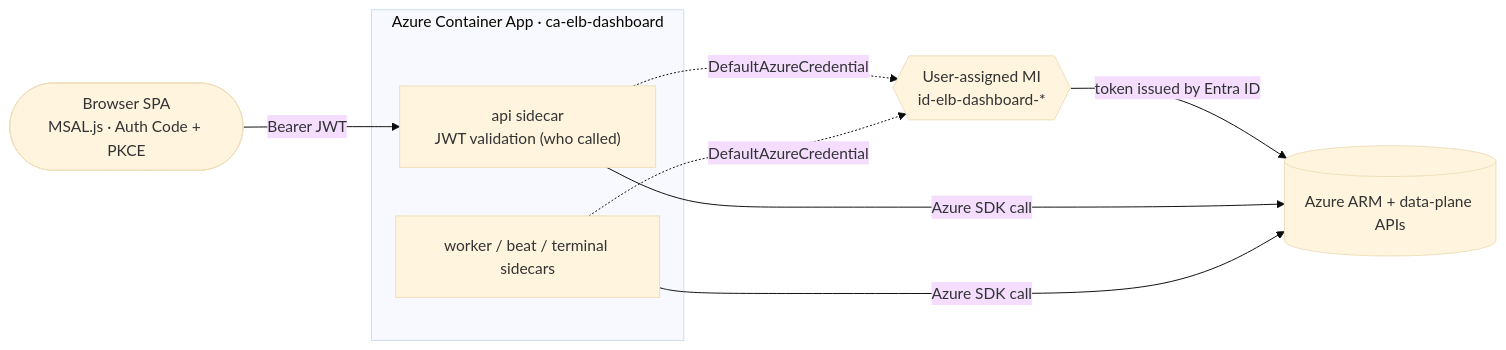
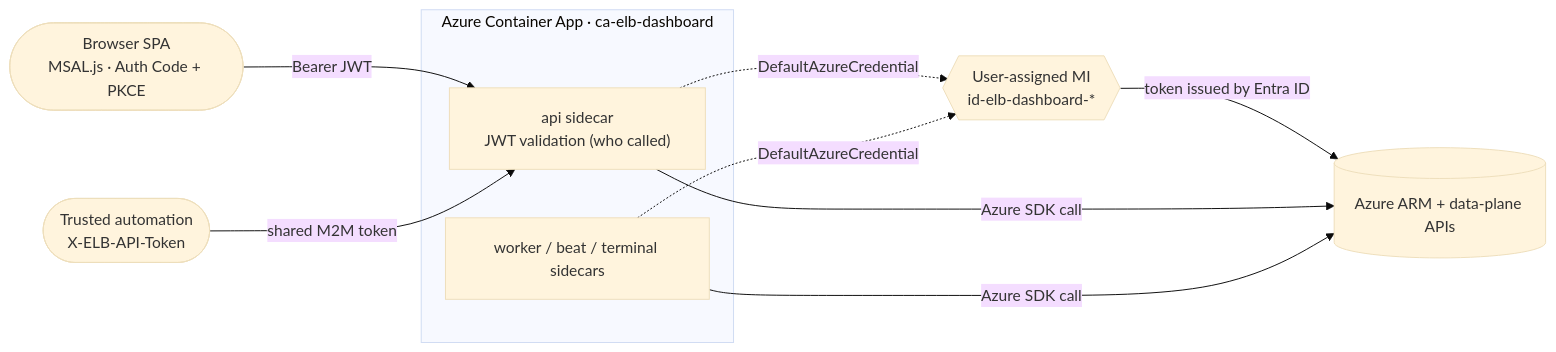
Before and after one commit to dotnetpower/elb-dashboard: the first of 2 diagrams in docs/architecture/authentication.md, drawn with Mermaid. The commit also changed other lines of this file and 66 other files, not shown here.

````diff
--- a/docs/architecture/authentication.md
+++ b/docs/architecture/authentication.md
@@ -31,18 +33,20 @@
 ```mermaid
 %%{init: {"theme": "base", "themeVariables": {"fontFamily": "Inter, ui-sans-serif, system-ui, sans-serif"}, "flowchart": {"curve": "basis", "padding": 18}}}%%
 flowchart LR
   browser(["Browser SPA<br/>MSAL.js · Auth Code + PKCE"])
+  automation(["Trusted automation<br/>X-ELB-API-Token"])
   subgraph app["Azure Container App · ca-elb-dashboard"]
     api["api sidecar<br/>JWT validation (who called)"]
     sidecars["worker / beat / terminal sidecars"]
   end
   mi{{"User-assigned MI<br/>id-elb-dashboard-*"}}
   azure[("Azure ARM + data-plane APIs")]
 
   browser -- Bearer JWT --> api
+  automation -- shared M2M token --> api
   api -. DefaultAzureCredential .-> mi
   sidecars -. DefaultAzureCredential .-> mi
   mi -- token issued by Entra ID --> azure
   api -- Azure SDK call --> azure
   sidecars -- Azure SDK call --> azure
 ```
````
